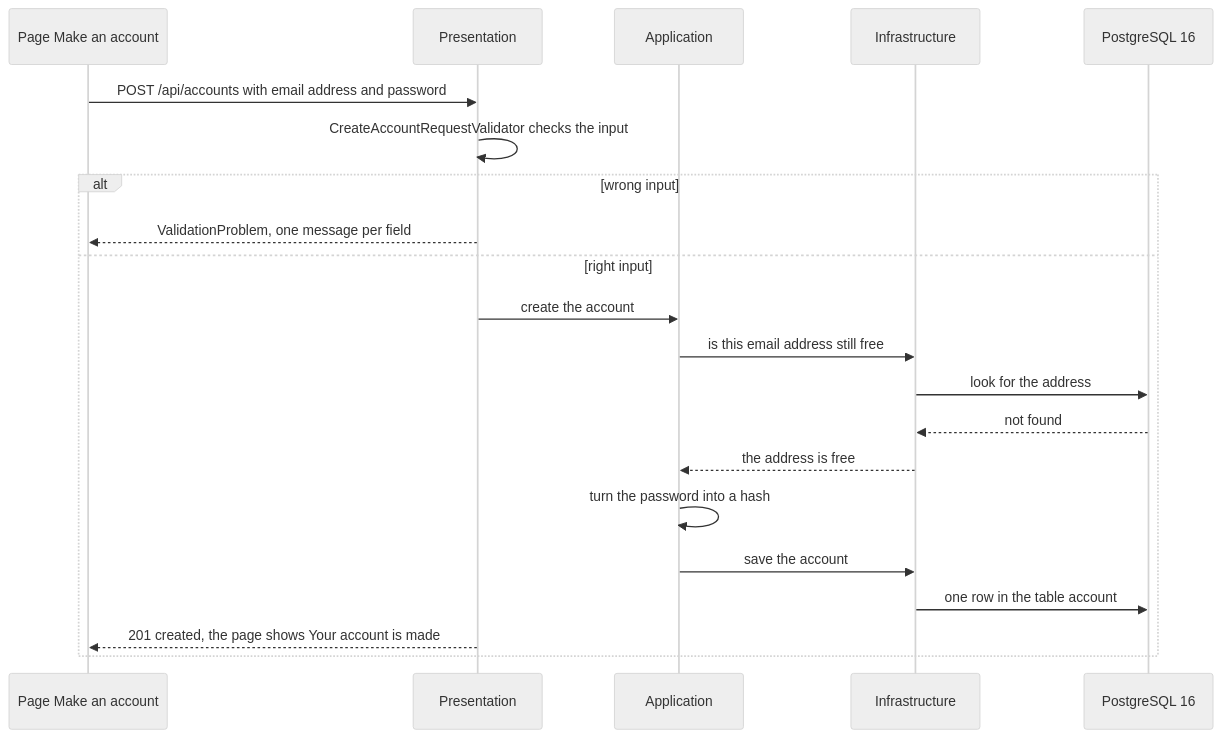
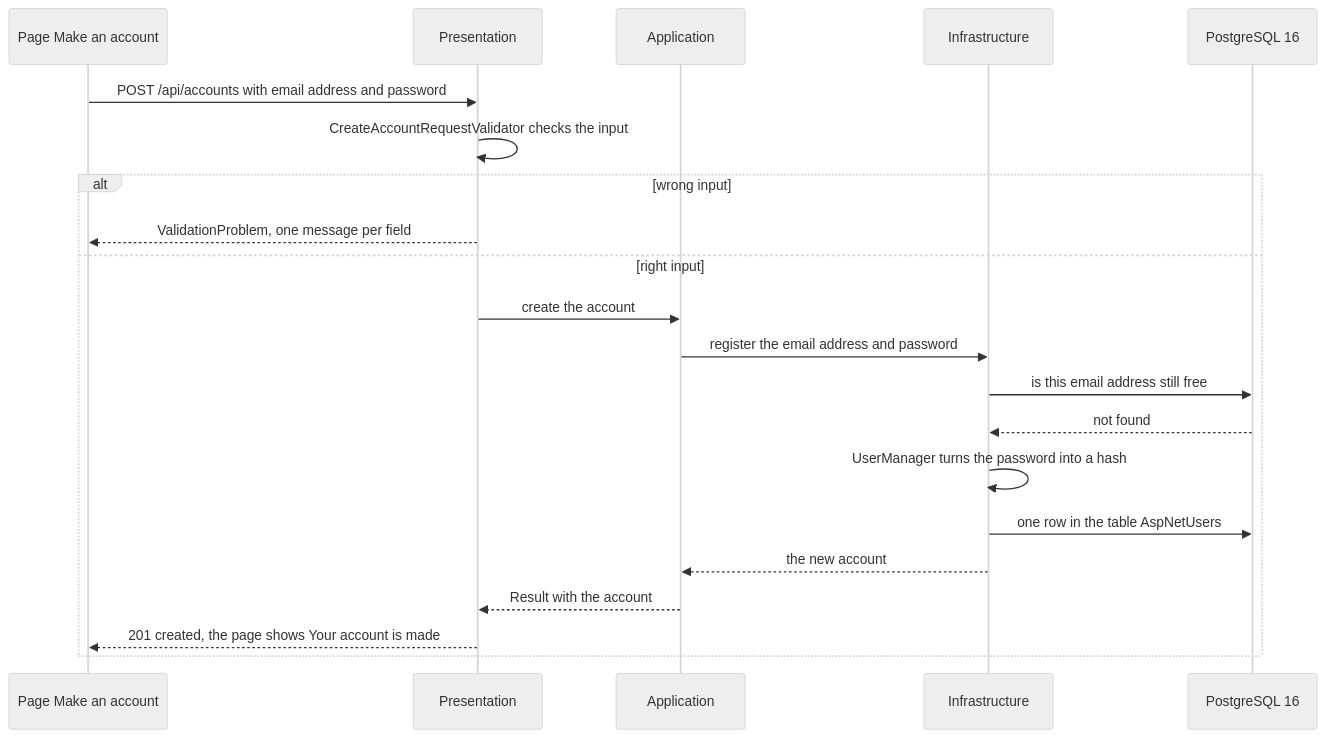
Before and after one commit to guruITA/connect-nine: the second of 4 diagrams in docs/architecture/architecture.md, drawn with Mermaid (neutral theme). The commit also changed other lines of this file and 5 other files, not shown here.

````diff
--- a/docs/architecture/architecture.md
+++ b/docs/architecture/architecture.md
@@ -204,23 +206,23 @@
 ```mermaid
 sequenceDiagram
     participant Page as Page Make an account
     participant P as Presentation
     participant A as Application
     participant I as Infrastructure
     participant DB as PostgreSQL 16
     Page->>P: POST /api/accounts with email address and password
     P->>P: CreateAccountRequestValidator checks the input
     alt wrong input
         P-->>Page: ValidationProblem, one message per field
     else right input
         P->>A: create the account
-        A->>I: is this email address still free
-        I->>DB: look for the address
+        A->>I: register the email address and password
+        I->>DB: is this email address still free
         DB-->>I: not found
-        I-->>A: the address is free
-        A->>A: turn the password into a hash
-        A->>I: save the account
-        I->>DB: one row in the table account
+        I->>I: UserManager turns the password into a hash
+        I->>DB: one row in the table AspNetUsers
+        I-->>A: the new account
+        A-->>P: Result with the account
         P-->>Page: 201 created, the page shows Your account is made
     end
 ```
````
